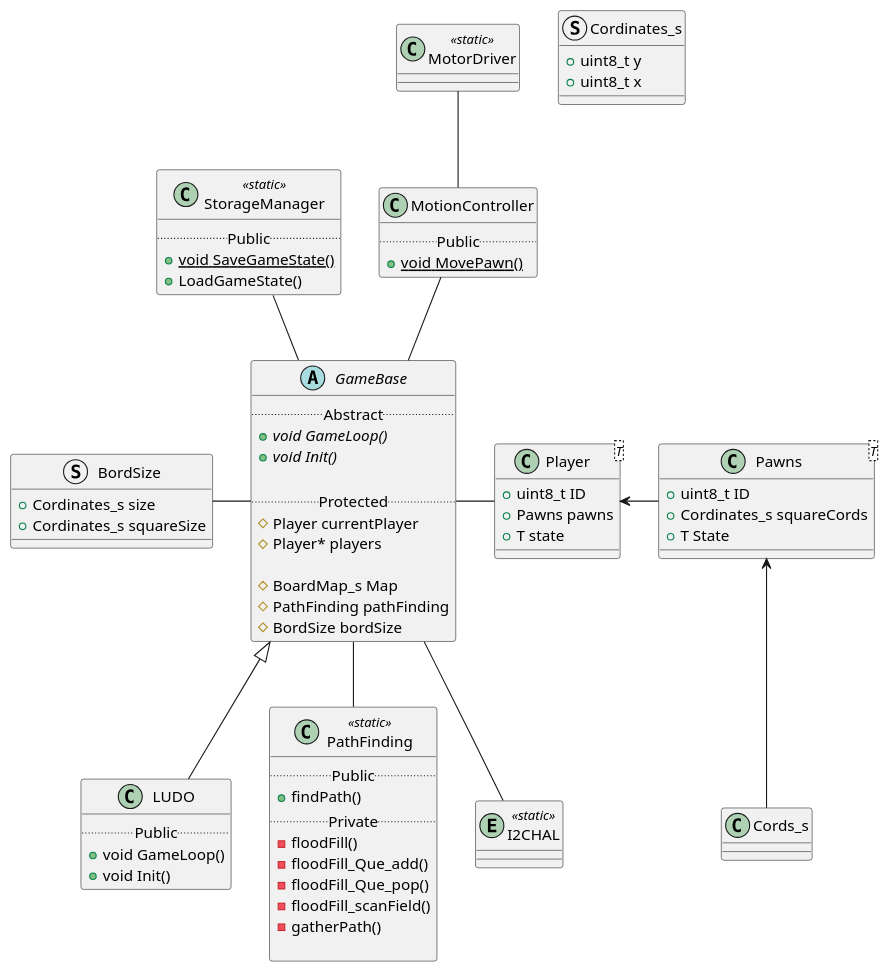
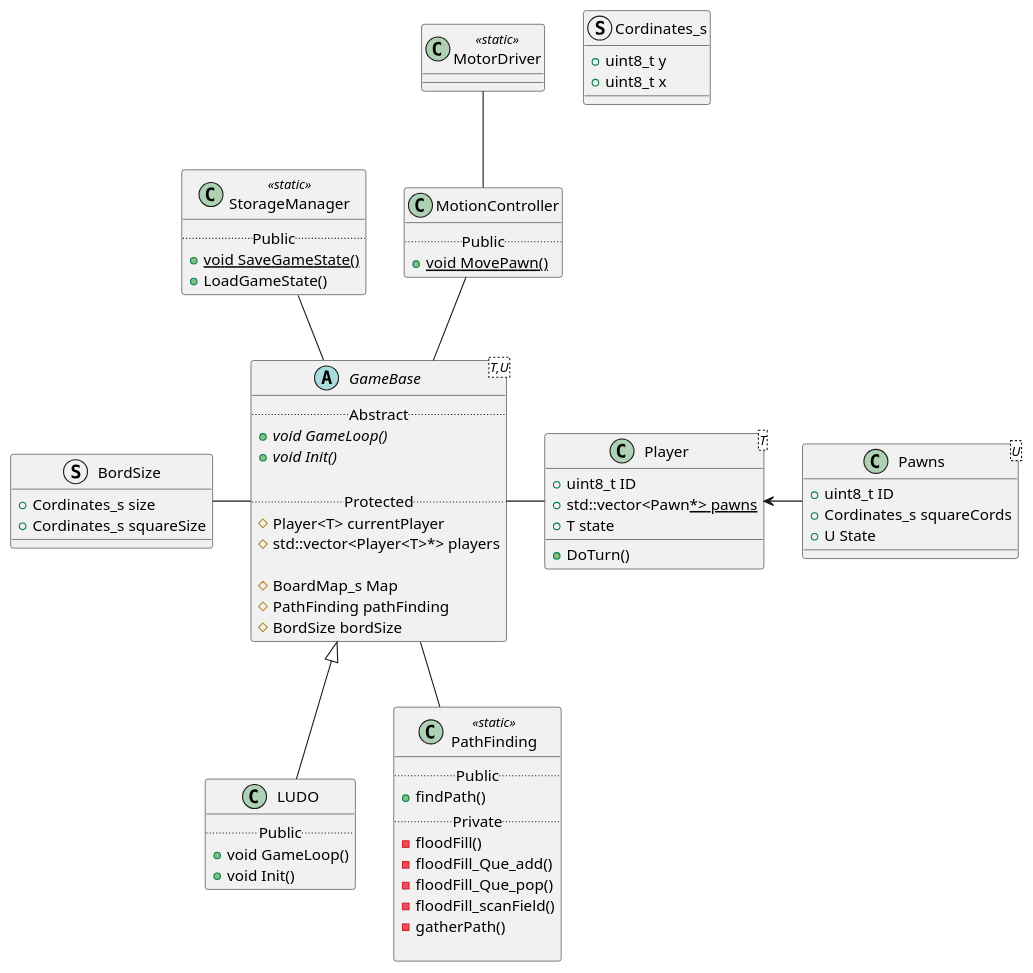
One commit to RemonZander/MTG changed the diagram in documentation/classDiagram.plantuml. Above: the diagram before and after it, drawn with PlantUML. The commit also changed 21 other files, not shown here.

Commit message:
more changes to BaseGame still very much a finding out process

```diff
--- a/documentation/classDiagram.plantuml
+++ b/documentation/classDiagram.plantuml
@@ -1,86 +1,82 @@
 @startuml classDiagram
-abstract GameBase {
+abstract GameBase<T,U> {
     .. Abstract ..
     {abstract} + void GameLoop()
     {abstract} + void Init()
 
     .. Protected ..
-    # Player currentPlayer
-    # Player* players
+    # Player<T> currentPlayer
+    # std::vector<Player<T>*> players
 
     # BoardMap_s Map
     # PathFinding pathFinding
     # BordSize bordSize
 }
 
 class Player<T> {
+    + DoTurn()
     + uint8_t ID
-    + Pawns pawns
+    + std::vector<Pawn<U>*> pawns
     + T state
 }
 
-class Pawns<T> {
+class Pawns<U> {
     + uint8_t ID
     + Cordinates_s squareCords
-    + T State
+    + U State
 }
 
 struct Cordinates_s {
     + uint8_t y
     + uint8_t x
 }
 
 struct BordSize {
     + Cordinates_s size
     + Cordinates_s squareSize
 }
 
 class LUDO {
     .. Public ..
     + void GameLoop()
     + void Init()
 }
 
 
 class StorageManager <<static>> {
     .. Public ..
     {static} + void SaveGameState()
     + LoadGameState()
 }
 
 
 class MotionController {
     .. Public ..
     {static} + void MovePawn()
 }
 
 class MotorDriver <<static>> {
 
 }
 
 class PathFinding <<static>> {
     .. Public ..
     + findPath()
     .. Private ..
     - floodFill()
     - floodFill_Que_add()
     - floodFill_Que_pop()
     - floodFill_scanField()
     - gatherPath()
 
 }
 
-
-entity          I2CHAL <<static>>
-
 BordSize -             GameBase
 GameBase -             Player
-Pawns <--               Cords_s 
 Player <-              Pawns
 GameBase <|--           LUDO
 StorageManager --       GameBase
 MotionController --     GameBase
 MotorDriver --          MotionController
-GameBase --             PathFinding
-GameBase --             I2CHAL         
+GameBase --             PathFinding       
 @enduml
```
